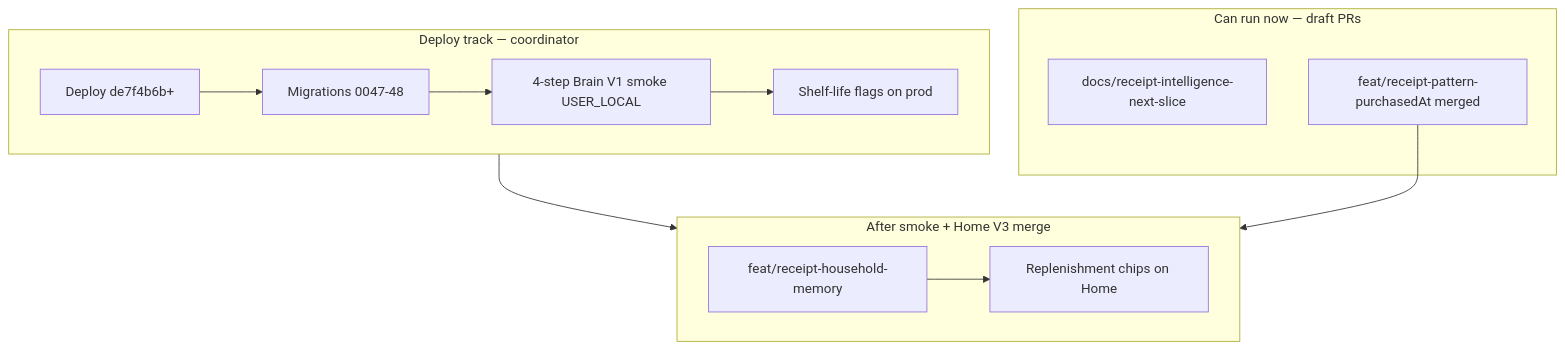
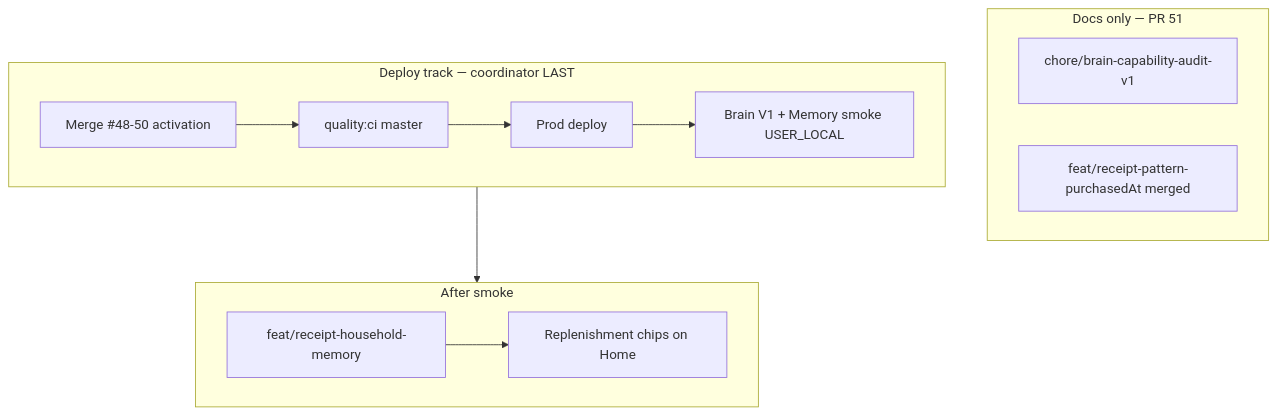
The diagram in docs/RECEIPT_INTELLIGENCE_NEXT_SLICE.md (arpi09/grocery-manager), drawn with Mermaid before and after one commit. The commit also changed other lines of this file, not shown here.

First line of the commit message:
docs: consolidate Workstream C receipt intelligence map in PR 51

````diff
--- a/docs/RECEIPT_INTELLIGENCE_NEXT_SLICE.md
+++ b/docs/RECEIPT_INTELLIGENCE_NEXT_SLICE.md
@@ -169,21 +153,20 @@
 ```mermaid
 flowchart TB
-  subgraph now [Can run now — draft PRs]
-    DOC[docs/receipt-intelligence-next-slice]
+  subgraph now [Docs only — PR 51]
+    DOC[chore/brain-capability-audit-v1]
     PAT[feat/receipt-pattern-purchasedAt merged]
   end
-  subgraph deploy [Deploy track — coordinator]
-    D1[Deploy de7f4b6b+]
-    D2[Migrations 0047-48]
-    D3[4-step Brain V1 smoke USER_LOCAL]
-    D4[Shelf-life flags on prod]
+  subgraph deploy [Deploy track — coordinator LAST]
+    D1[Merge #48-50 activation]
+    D2[quality:ci master]
+    D3[Prod deploy]
+    D4[Brain V1 + Memory smoke USER_LOCAL]
     D1 --> D2 --> D3 --> D4
   end
-  subgraph post [After smoke + Home V3 merge]
+  subgraph post [After smoke]
     MEM[feat/receipt-household-memory]
     CHP[Replenishment chips on Home]
     MEM --> CHP
   end
   deploy --> post
-  PAT --> post
 ```
````
